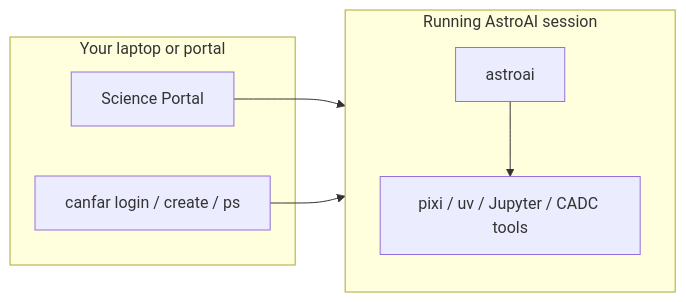
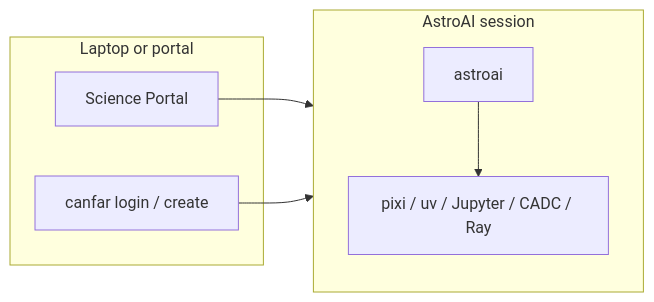
Before and after one commit to astroai/astroai-lab: the diagram in README.md, drawn with Mermaid. The commit also changed other lines of this file and 7 other files, not shown here.

First line of the commit message:
Document the one CLI as project env, Ray jobs, and agents.

````diff
--- a/README.md
+++ b/README.md
@@ -10,14 +13,14 @@
 ```mermaid
 flowchart LR
-  subgraph laptop [Your laptop or portal]
+  subgraph laptop [Laptop or portal]
     Portal[Science Portal]
-    CanfarCLI["canfar login / create / ps"]
+    CanfarCLI["canfar login / create"]
   end
-  subgraph session [Running AstroAI session]
+  subgraph session [AstroAI session]
     Lab["astroai"]
-    Tools["pixi / uv / Jupyter / CADC tools"]
+    Tools["pixi / uv / Jupyter / CADC / Ray"]
   end
   Portal --> session
   CanfarCLI --> session
   Lab --> Tools
 ```
````
